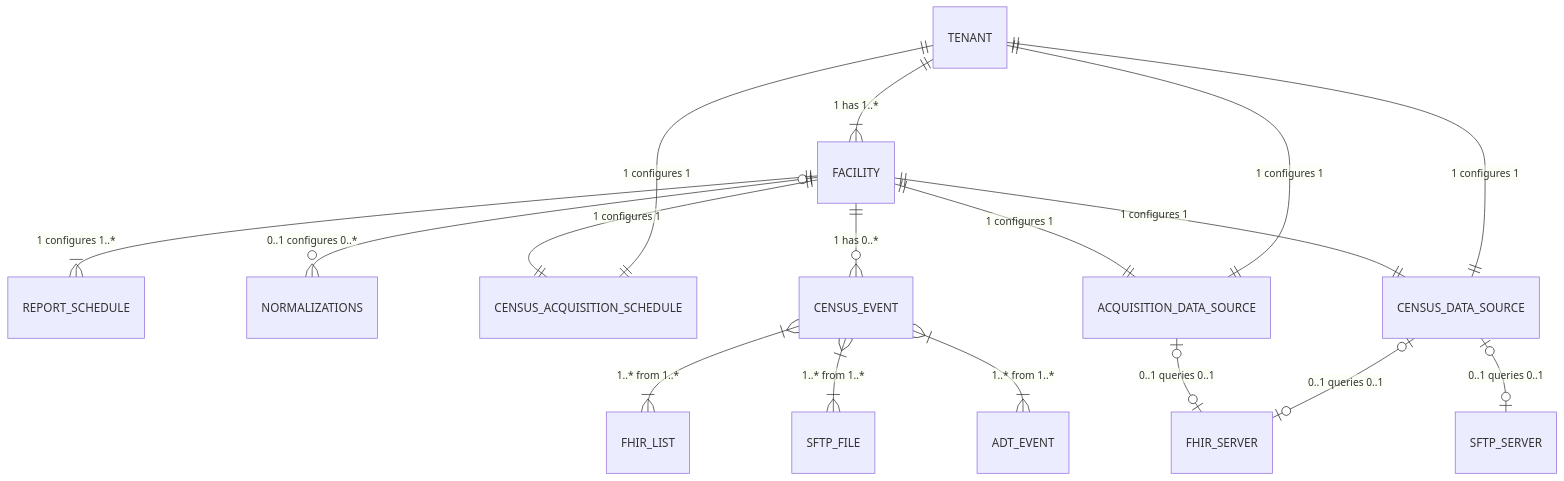
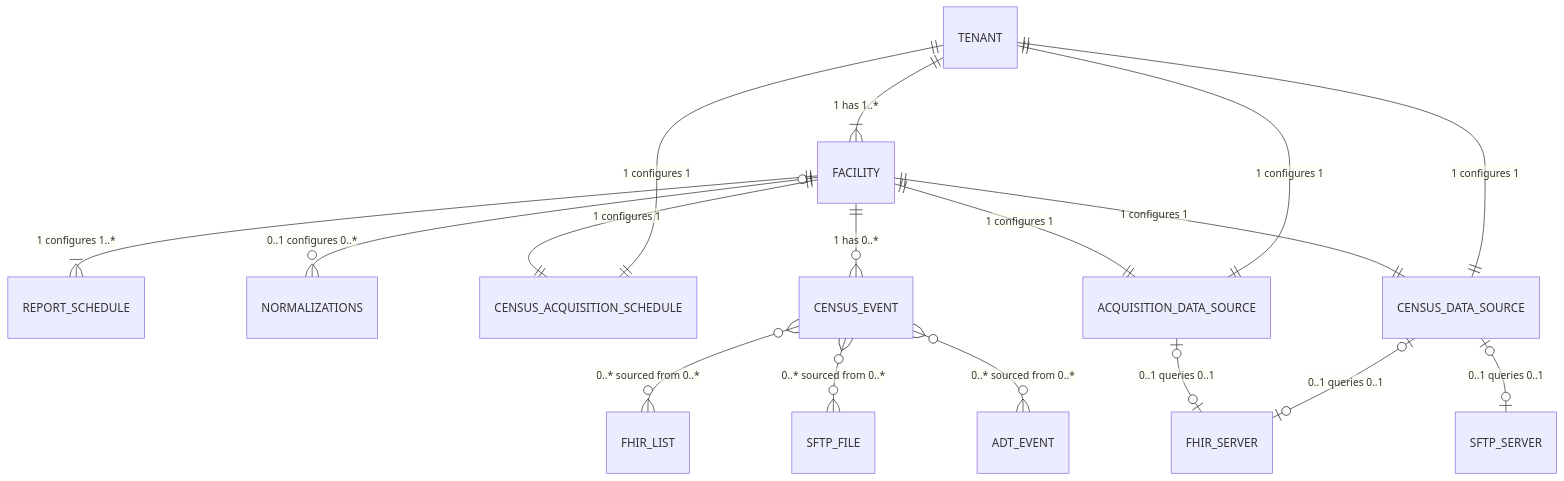
The second of 9 diagrams in docs/docs/proposals/tenant-multi-facility-proposal.mdx (lantanagroup/link-cloud), drawn with Mermaid before and after one commit. The commit also changed other lines of this file, not shown here.

Commit message:
Misc updates to graphs and spell checking

````diff
--- a/docs/docs/proposals/tenant-multi-facility-proposal.mdx
+++ b/docs/docs/proposals/tenant-multi-facility-proposal.mdx
@@ -51,19 +51,19 @@
 ```mermaid
 erDiagram
 	TENANT||--|{FACILITY:"1 has 1..*"
 	FACILITY||--|{REPORT_SCHEDULE:"1 configures 1..*"
 	FACILITY|o--o{NORMALIZATIONS:"0..1 configures 0..*"
 	TENANT||--||CENSUS_ACQUISITION_SCHEDULE:"1 configures 1"
 	FACILITY||--||CENSUS_ACQUISITION_SCHEDULE:"1 configures 1"
 	TENANT||--||ACQUISITION_DATA_SOURCE:"1 configures 1"
 	FACILITY||--||ACQUISITION_DATA_SOURCE:"1 configures 1"
 	FACILITY||--o{CENSUS_EVENT:"1 has 0..*"
-	CENSUS_EVENT}|--|{FHIR_LIST:"1..* from 1..*"
-	CENSUS_EVENT}|--|{SFTP_FILE:"1..* from 1..*"
-	CENSUS_EVENT}|--|{ADT_EVENT:"1..* from 1..*"
+	CENSUS_EVENT}o--o{FHIR_LIST:"0..* sourced from 0..*"
+	CENSUS_EVENT}o--o{SFTP_FILE:"0..* sourced from 0..*"
+	CENSUS_EVENT}o--o{ADT_EVENT:"0..* sourced from 0..*"
 	TENANT||--||CENSUS_DATA_SOURCE:"1 configures 1"
 	FACILITY||--||CENSUS_DATA_SOURCE:"1 configures 1"
 	CENSUS_DATA_SOURCE|o--o|FHIR_SERVER:"0..1 queries 0..1"
 	CENSUS_DATA_SOURCE|o--o|SFTP_SERVER:"0..1 queries 0..1"
 	ACQUISITION_DATA_SOURCE|o--o|FHIR_SERVER:"0..1 queries 0..1"
 ```
````
